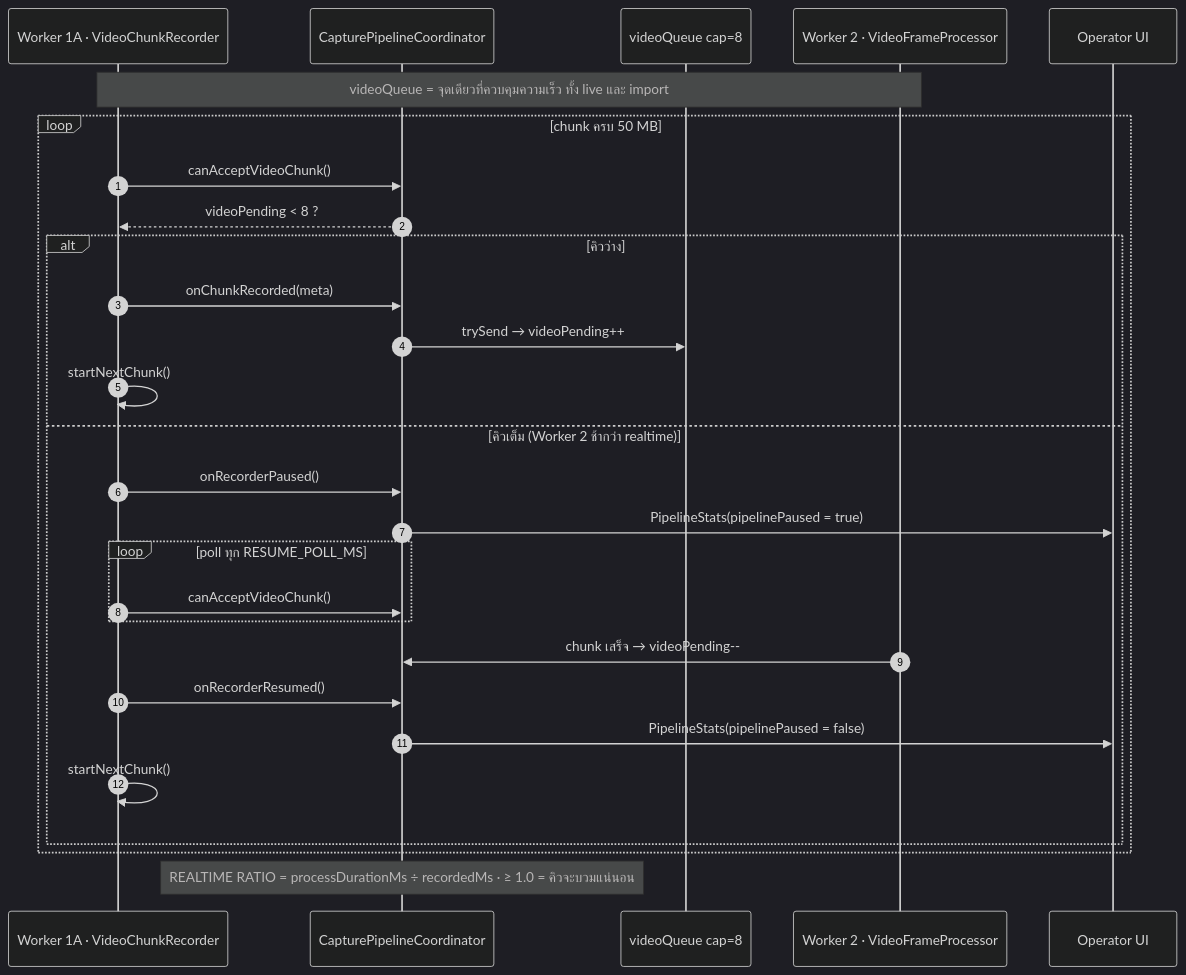
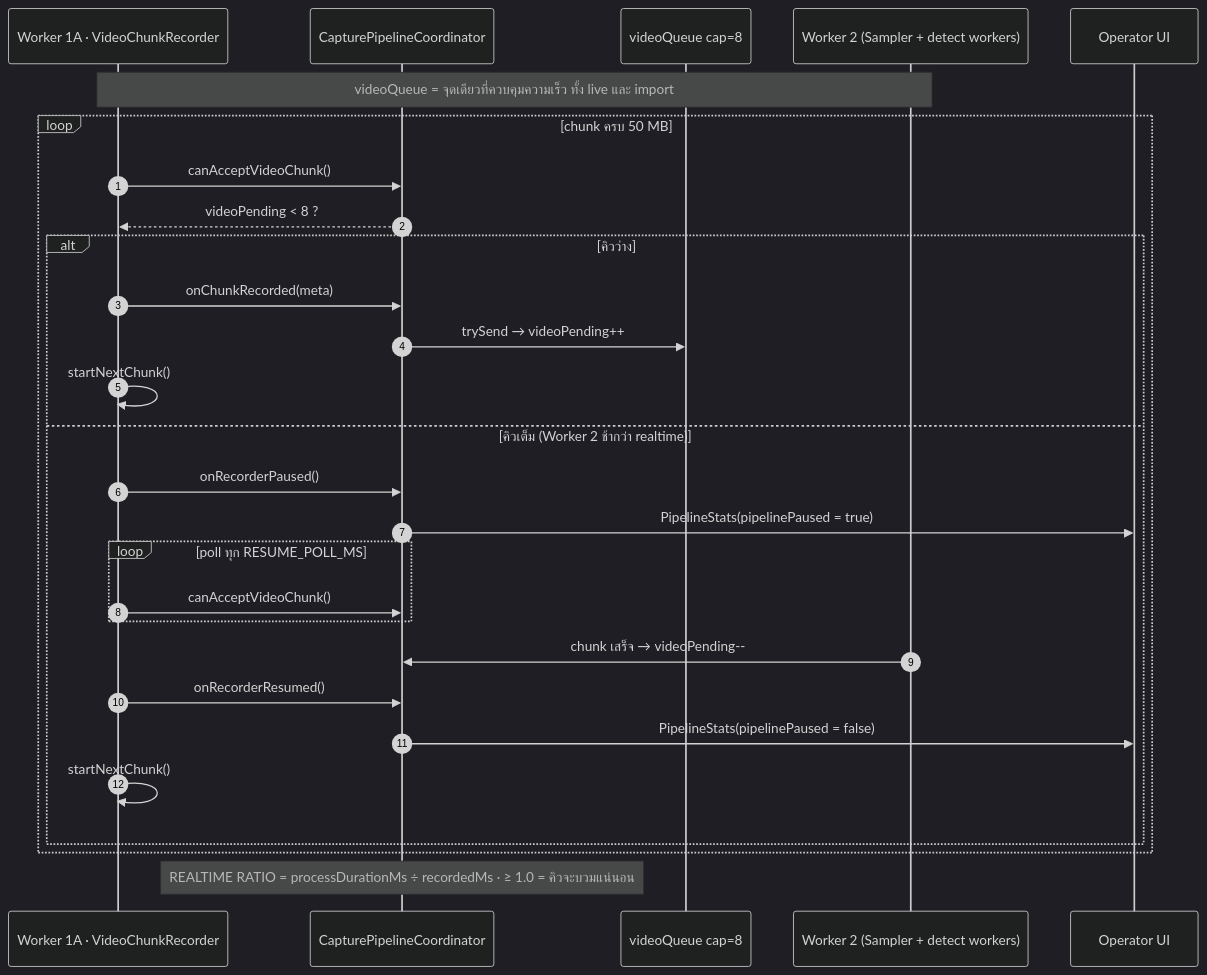
One commit to dang-thairun/autobots_app changed the second of 2 diagrams in docs/SEQUENCE_FLOW.md. Above: the diagram before and after it, drawn with Mermaid (dark theme). The commit also changed other lines of this file and 38 other files, not shown here.

````diff
--- a/docs/SEQUENCE_FLOW.md
+++ b/docs/SEQUENCE_FLOW.md
@@ -170,35 +188,35 @@
 ```mermaid
 sequenceDiagram
     autonumber
 
     participant Recorder as Worker 1A · VideoChunkRecorder
     participant Coord as CapturePipelineCoordinator
     participant VQ as videoQueue cap=8
-    participant Worker2 as Worker 2 · VideoFrameProcessor
+    participant Worker2 as Worker 2 (Sampler + detect workers)
     participant UI as Operator UI
 
     Note over Recorder,Worker2: videoQueue = จุดเดียวที่ควบคุมความเร็ว ทั้ง live และ import
 
     loop chunk ครบ 50 MB
         Recorder->>Coord: canAcceptVideoChunk()
         Coord-->>Recorder: videoPending < 8 ?
 
         alt คิวว่าง
             Recorder->>Coord: onChunkRecorded(meta)
             Coord->>VQ: trySend → videoPending++
             Recorder->>Recorder: startNextChunk()
         else คิวเต็ม (Worker 2 ช้ากว่า realtime)
             Recorder->>Coord: onRecorderPaused()
             Coord->>UI: PipelineStats(pipelinePaused = true)
             loop poll ทุก RESUME_POLL_MS
                 Recorder->>Coord: canAcceptVideoChunk()
             end
             Worker2->>Coord: chunk เสร็จ → videoPending--
             Recorder->>Coord: onRecorderResumed()
             Coord->>UI: PipelineStats(pipelinePaused = false)
             Recorder->>Recorder: startNextChunk()
         end
     end
 
     Note over Coord: REALTIME RATIO = processDurationMs ÷ recordedMs · ≥ 1.0 = คิวจะบวมแน่นอน
 ```
````
